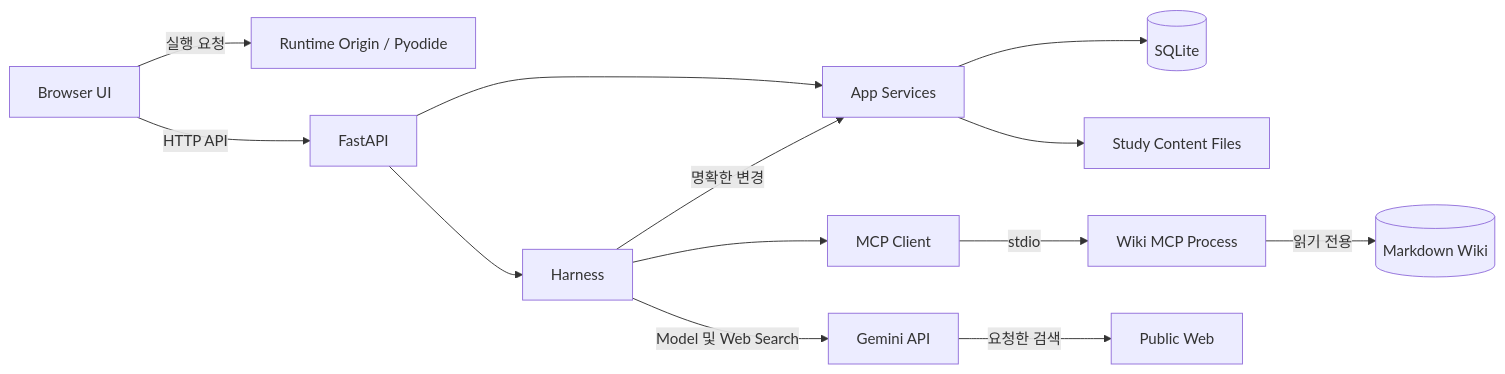
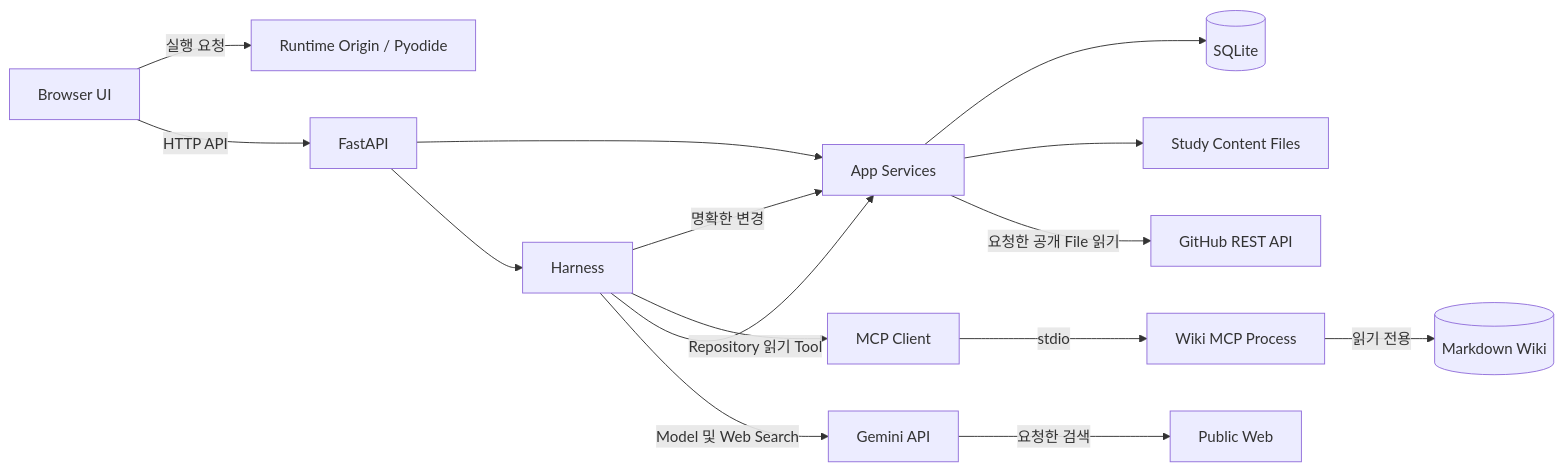
Before and after one commit to YoonDaeSung-01/MCP_Project: the first of 3 diagrams in docs/ARCHITECTURE.md, drawn with Mermaid. The commit also changed other lines of this file and 27 other files, not shown here.

````diff
--- a/docs/ARCHITECTURE.md
+++ b/docs/ARCHITECTURE.md
@@ -39,27 +39,30 @@
 ```mermaid
 flowchart LR
   UI["Browser UI"]
   RT["Runtime Origin / Pyodide"]
   API["FastAPI"]
   SV["App Services"]
   H["Harness"]
   MC["MCP Client"]
   DB[("SQLite")]
   WM["Wiki MCP Process"]
   MD[("Markdown Wiki")]
   CT["Study Content Files"]
   G["Gemini API"]
   WEB["Public Web"]
+  GH["GitHub REST API"]
   UI -->|"실행 요청"| RT
   UI -->|"HTTP API"| API
   API --> SV
   API --> H
   H -->|"명확한 변경"| SV
   SV --> DB
   SV --> CT
+  SV -->|"요청한 공개 File 읽기"| GH
   H --> MC
+  H -->|"Repository 읽기 Tool"| SV
   H -->|"Model 및 Web Search"| G
   MC -->|"stdio"| WM
   WM -->|"읽기 전용"| MD
   G -->|"요청한 검색"| WEB
 ```
````
